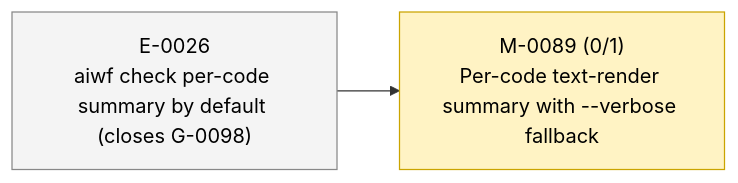
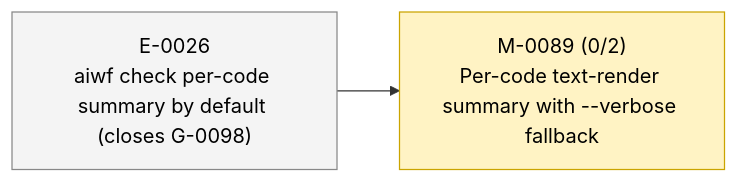
One commit to 23min/aiwf changed the second of 2 diagrams in STATUS.md. Above: the diagram before and after it, drawn with Mermaid. The commit also changed other lines of this file and 1 other file, not shown here.

First line of the commit message:
aiwf add ac M-0089/AC-2 "Errors still print per-instance in default text"

````diff
--- a/STATUS.md
+++ b/STATUS.md
@@ -51,12 +51,12 @@
 ```mermaid
 flowchart LR
   E_0026["E-0026<br/>aiwf check per-code summary by default (closes G-0098)"]:::epic_proposed
-  M_0089["M-0089 (0/1)<br/>Per-code text-render summary with --verbose fallback"]:::ms_in_progress
+  M_0089["M-0089 (0/2)<br/>Per-code text-render summary with --verbose fallback"]:::ms_in_progress
   E_0026 --> M_0089
   classDef epic_active fill:#d6eaff,stroke:#1a73e8,color:#000
   classDef epic_proposed fill:#f4f4f4,stroke:#888,color:#000
   classDef ms_done fill:#d8f5d8,stroke:#2a8a2a,color:#000
   classDef ms_in_progress fill:#fff3c4,stroke:#caa400,color:#000
   classDef ms_draft fill:#f4f4f4,stroke:#888,color:#000
   classDef ms_cancelled fill:#fbeaea,stroke:#c33,color:#000
 ```
````
